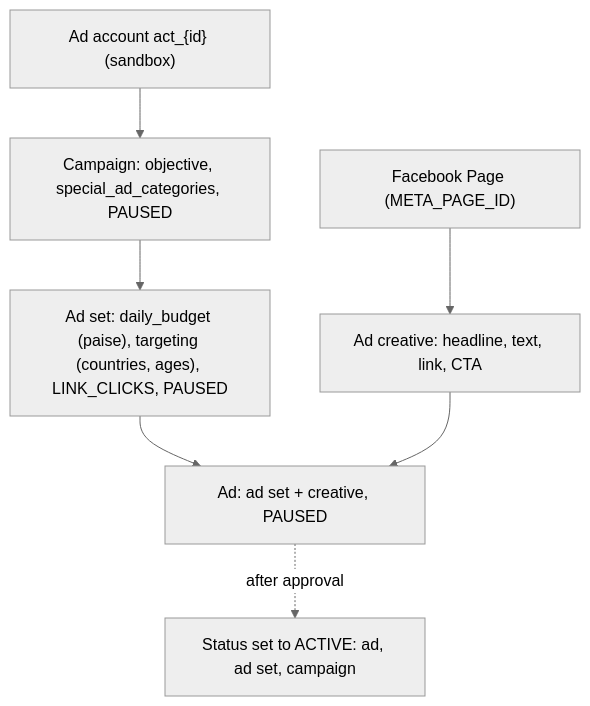
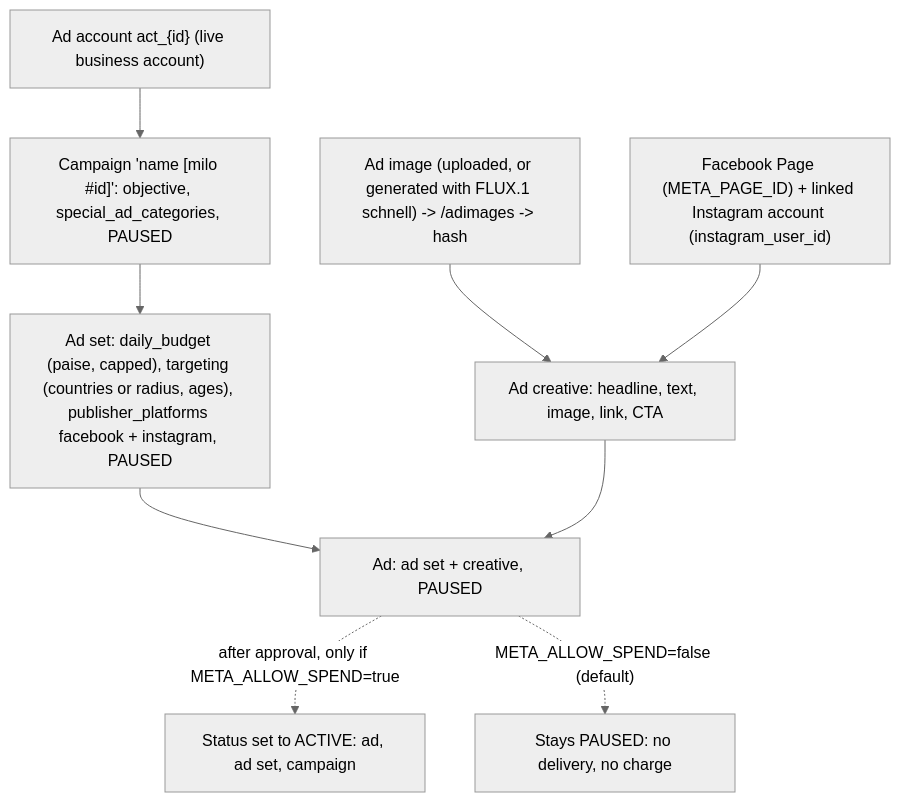
The seventh of 9 diagrams in ARCHITECTURE.md (Deora88/milo-marketing-agent), drawn with Mermaid (neutral theme) before and after one commit. The commit also changed other lines of this file and 47 other files, not shown here.

Commit message:
MongoDB, live FB+IG with spend safety, review fixes, FLUX.1 [schnell] ad images

````diff
--- a/ARCHITECTURE.md
+++ b/ARCHITECTURE.md
@@ -272,9 +293,11 @@
 ```mermaid
 flowchart TD
-    ACC["Ad account act_{id} (sandbox)"] --> CAMP["Campaign: objective, special_ad_categories, PAUSED"]
-    CAMP --> ADSET["Ad set: daily_budget (paise), targeting (countries, ages), LINK_CLICKS, PAUSED"]
-    PAGE["Facebook Page (META_PAGE_ID)"] --> CRE["Ad creative: headline, text, link, CTA"]
+    ACC["Ad account act_{id} (live business account)"] --> CAMP["Campaign 'name [milo #id]': objective, special_ad_categories, PAUSED"]
+    CAMP --> ADSET["Ad set: daily_budget (paise, capped), targeting (countries or radius, ages), publisher_platforms facebook + instagram, PAUSED"]
+    IMG["Ad image (uploaded, or generated with FLUX.1 schnell) -> /adimages -> hash"] --> CRE
+    PAGE["Facebook Page (META_PAGE_ID) + linked Instagram account (instagram_user_id)"] --> CRE["Ad creative: headline, text, image, link, CTA"]
     ADSET --> AD["Ad: ad set + creative, PAUSED"]
     CRE --> AD
-    AD -. "after approval" .-> LIVE["Status set to ACTIVE: ad, ad set, campaign"]
+    AD -. "after approval, only if META_ALLOW_SPEND=true" .-> LIVE["Status set to ACTIVE: ad, ad set, campaign"]
+    AD -. "META_ALLOW_SPEND=false (default)" .-> HOLD["Stays PAUSED: no delivery, no charge"]
 ```
````
